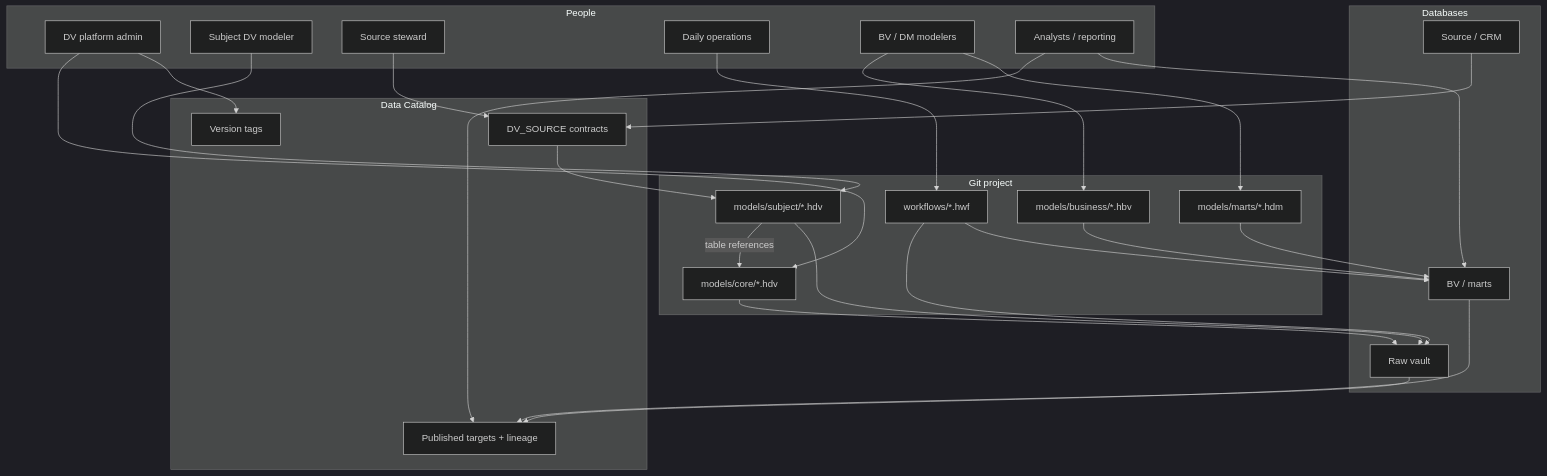
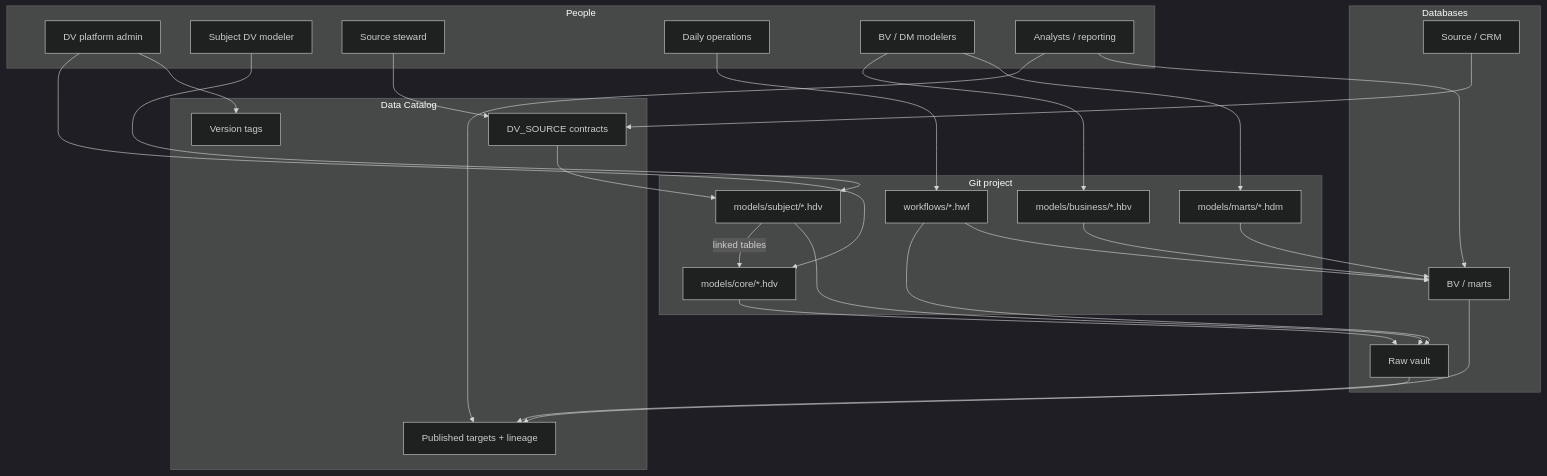
The diagram in docs/enterprise-modeling-and-team-collaboration.adoc (ProjectDataHopper/hopper-edw), drawn with Mermaid (dark theme) before and after one commit. The commit also changed other lines of this file and 98 other files, not shown here.

First line of the commit message:
Issue #110: Reference tables, linked-table rename, Docker image freshness.

````diff
--- a/docs/enterprise-modeling-and-team-collaboration.adoc
+++ b/docs/enterprise-modeling-and-team-collaboration.adoc
@@ -308,52 +308,52 @@
 ```mermaid
 flowchart TB
   subgraph people [People]
     Admin[DV platform admin]
     Subj[Subject DV modeler]
     Stew[Source steward]
     Ops[Daily operations]
     BV[BV / DM modelers]
     Analyst[Analysts / reporting]
   end
 
   subgraph git [Git project]
     Core[models/core/*.hdv]
     SubHdv[models/subject/*.hdv]
     Hbv[models/business/*.hbv]
     Hdm[models/marts/*.hdm]
     Wf[workflows/*.hwf]
   end
 
   subgraph catalog [Data Catalog]
     Src[DV_SOURCE contracts]
     Pub[Published targets + lineage]
     Tags[Version tags]
   end
 
   subgraph db [Databases]
     CRM[Source / CRM]
     Vault[Raw vault]
     Mart[BV / marts]
   end
 
   Stew --> Src
   Admin --> Core
   Admin --> Tags
   Subj --> SubHdv
-  SubHdv -->|table references| Core
+  SubHdv -->|linked tables| Core
   BV --> Hbv
   BV --> Hdm
   Ops --> Wf
   Wf --> Vault
   Wf --> Mart
   Src --> SubHdv
   Core --> Vault
   SubHdv --> Vault
   Hbv --> Mart
   Hdm --> Mart
   Vault --> Pub
   Mart --> Pub
   Analyst --> Pub
   Analyst --> Mart
   CRM --> Src
 ```
````
